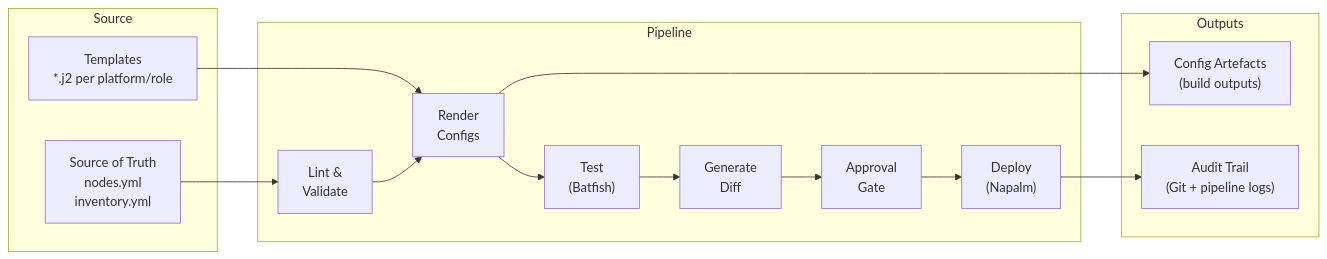
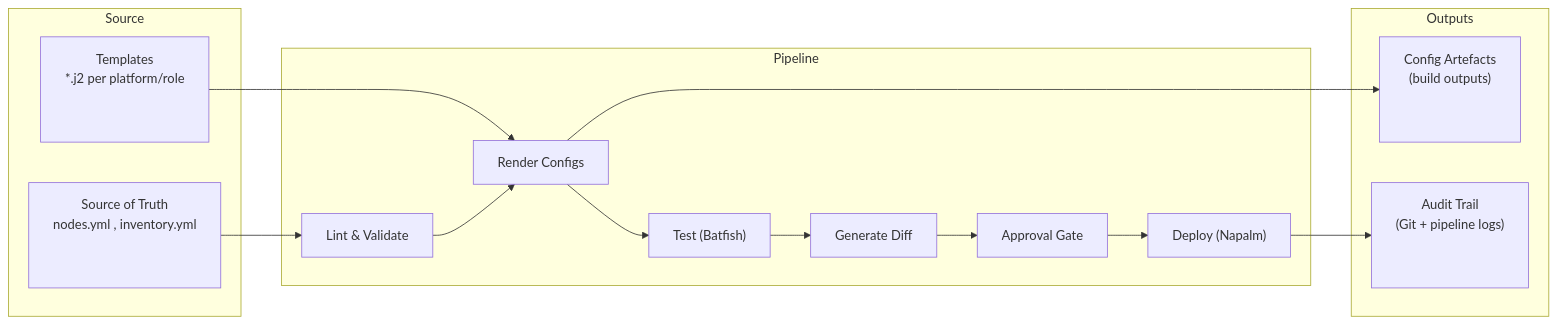
Before and after one commit to ppklau/network_automation_handbook: the first of 4 diagrams in 06-architecture-patterns/chapter.md, drawn with Mermaid. The commit also changed other lines of this file and 12 other files, not shown here.

Commit message:
Adjusted mermaid diagrams.

````diff
--- a/06-architecture-patterns/chapter.md
+++ b/06-architecture-patterns/chapter.md
@@ -58,31 +58,31 @@
 ```mermaid
 graph LR
     subgraph "Source"
-        SOT["Source of Truth<br>nodes.yml<br>inventory.yml"]
-        TMPL["Templates<br>*.j2 per platform/role"]
+        SOT["<div style='min-height:100px'>Source of Truth<br>nodes.yml , inventory.yml"]
+        TMPL["<div style='min-height:100px'>Templates<br>*.j2 per platform/role"]
     end
 
     subgraph "Pipeline"
-        LINT["Lint &<br>Validate"]
-        RENDER["Render<br>Configs"]
-        TEST["Test<br>(Batfish)"]
-        DIFF["Generate<br>Diff"]
-        APPROVE["Approval<br>Gate"]
-        DEPLOY["Deploy<br>(Napalm)"]
+        LINT["Lint & Validate"]
+        RENDER["Render Configs"]
+        TEST["Test (Batfish)"]
+        DIFF["Generate Diff"]
+        APPROVE["Approval Gate"]
+        DEPLOY["Deploy (Napalm)"]
     end
 
     subgraph "Outputs"
-        ARTEFACT["Config Artefacts<br>(build outputs)"]
-        AUDIT["Audit Trail<br>(Git + pipeline logs)"]
+        ARTEFACT["<div style='min-height:100px'>Config Artefacts<br>(build outputs)</div>"]
+        AUDIT["<div style='min-height:100px'>Audit Trail<br>(Git + pipeline logs)</div>"]
     end
 
     SOT --> LINT
     TMPL --> RENDER
     LINT --> RENDER
     RENDER --> TEST
     TEST --> DIFF
     DIFF --> APPROVE
     APPROVE --> DEPLOY
     RENDER --> ARTEFACT
     DEPLOY --> AUDIT
 ```
````
